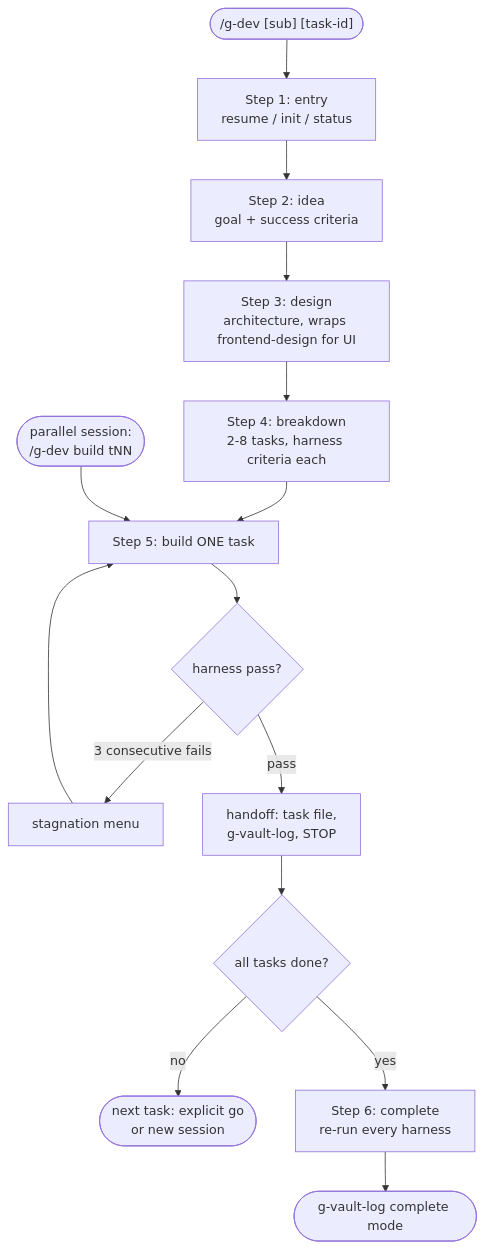
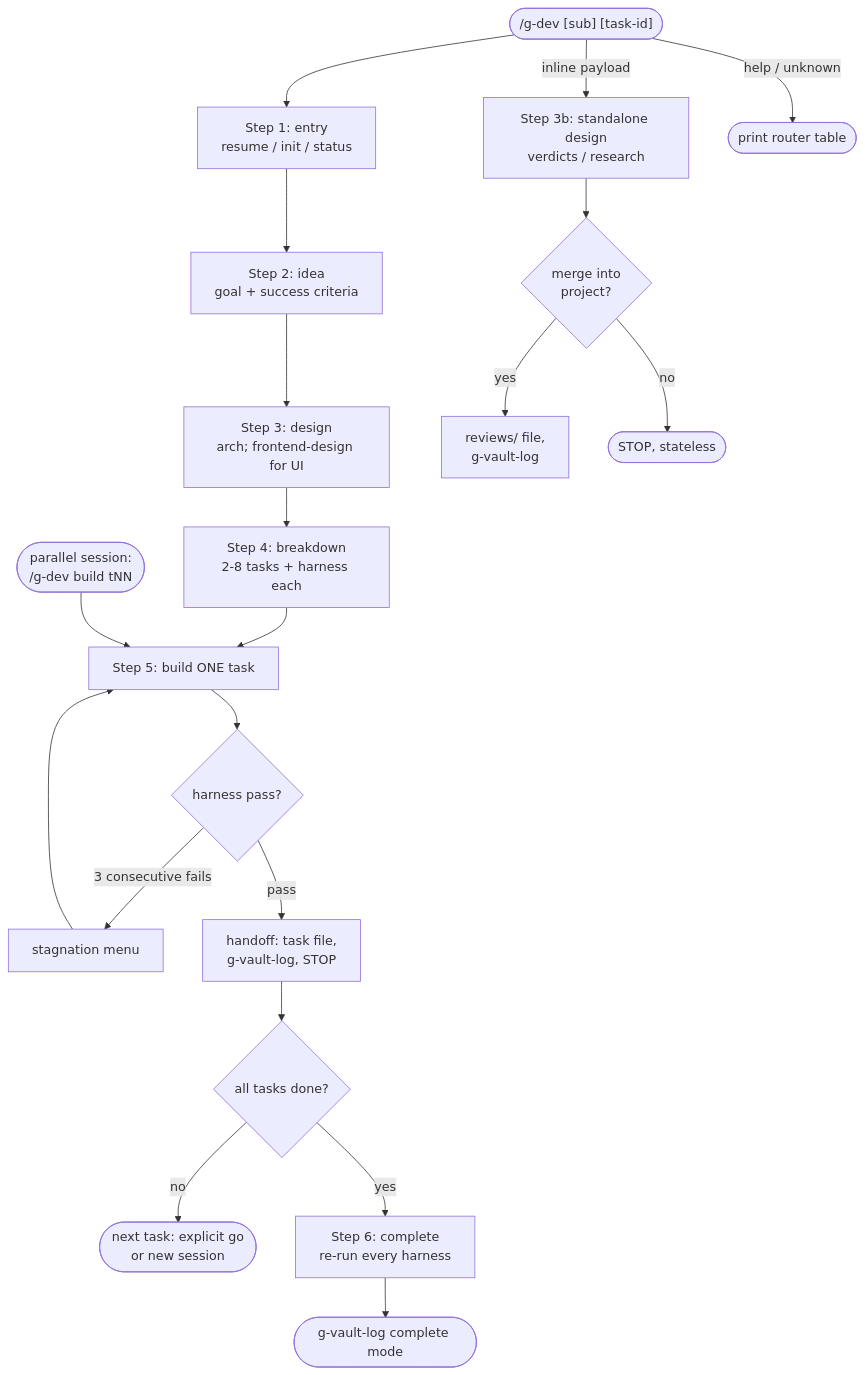
The diagram in claude/skills/g-dev/SKILL.md (gloriaJun/grimoire), drawn with Mermaid before and after one commit. The commit also changed other lines of this file and 6 other files, not shown here.

First line of the commit message:
feat: add g-dev standalone design mode and help

````diff
--- a/claude/skills/g-dev/SKILL.md
+++ b/claude/skills/g-dev/SKILL.md
@@ -21,24 +20,32 @@
 ```mermaid
 flowchart TD
     A(["/g-dev [sub] [task-id]"]) --> B["Step 1: entry
 resume / init / status"]
     B --> C["Step 2: idea
 goal + success criteria"]
     C --> D["Step 3: design
-architecture, wraps frontend-design for UI"]
+arch; frontend-design for UI"]
     D --> E["Step 4: breakdown
-2-8 tasks, harness criteria each"]
+2-8 tasks + harness each"]
     E --> F["Step 5: build ONE task"]
     P(["parallel session:
 /g-dev build tNN"]) --> F
     F --> G{"harness pass?"}
     G -- "3 consecutive fails" --> H["stagnation menu"] --> F
     G -- pass --> I["handoff: task file,
 g-vault-log, STOP"]
     I --> J{"all tasks done?"}
     J -- no --> K(["next task: explicit go
 or new session"])
     J -- yes --> L["Step 6: complete
 re-run every harness"]
     L --> M(["g-vault-log complete mode"])
+    A -- "inline payload" --> S["Step 3b: standalone design
+verdicts / research"]
+    S --> T{"merge into
+project?"}
+    T -- yes --> U["reviews/ file,
+g-vault-log"]
+    T -- no --> V(["STOP, stateless"])
+    A -- "help / unknown" --> W(["print router table"])
 ```
````
